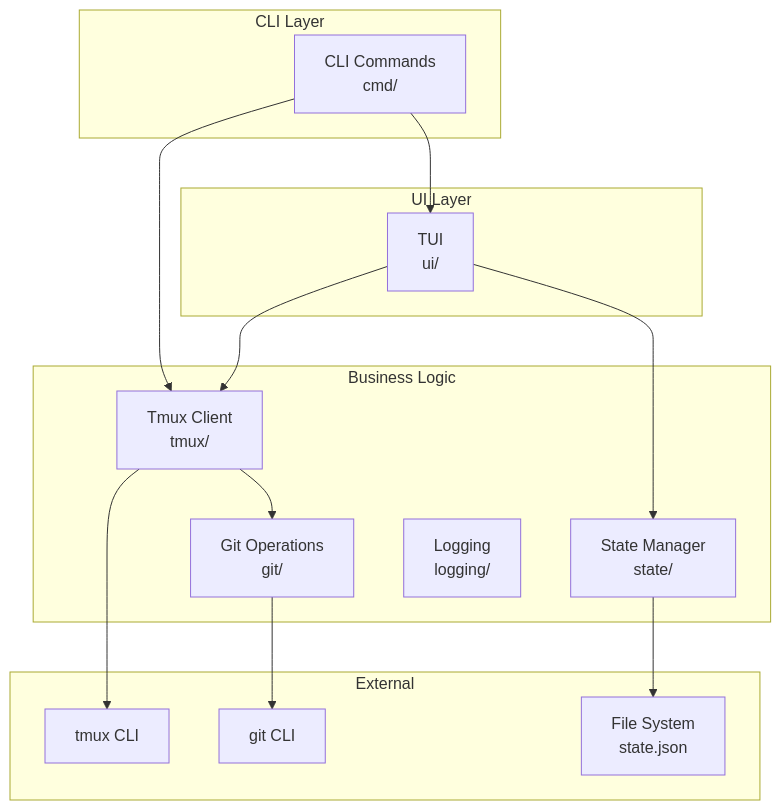
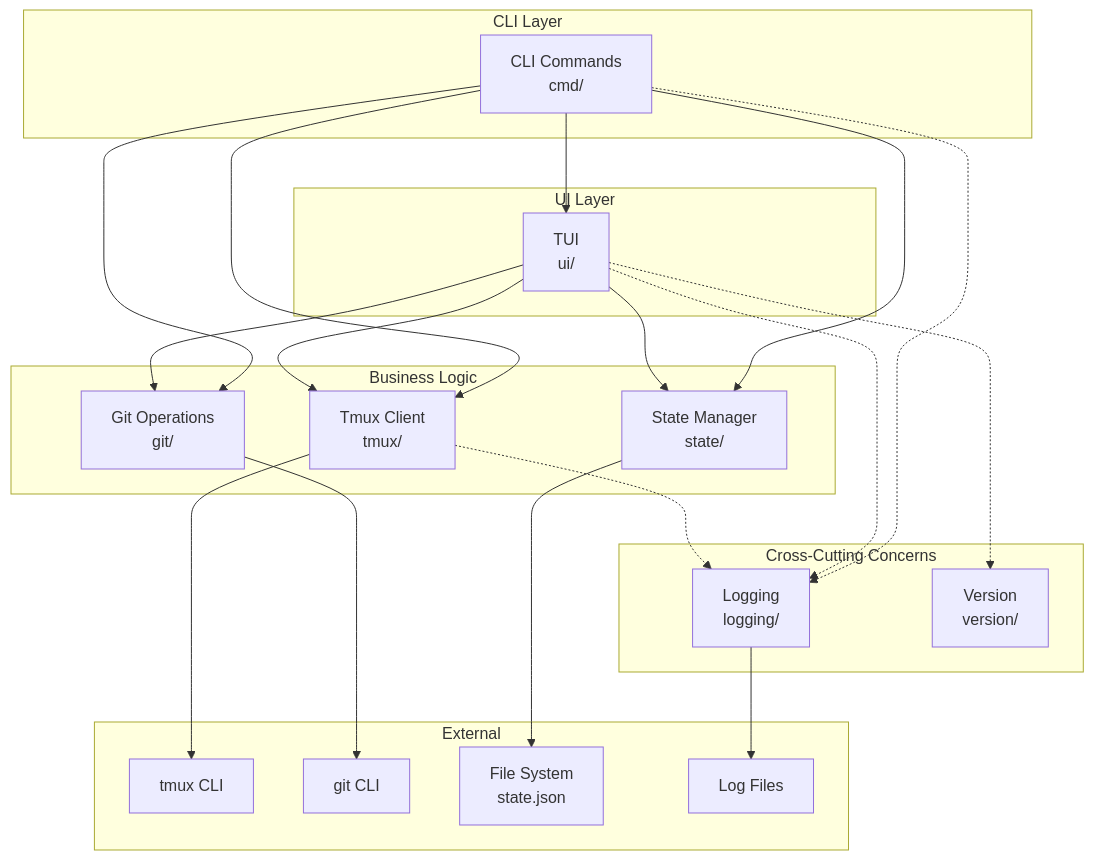
One commit to renato0307/rocha changed the first of 4 diagrams in ARCHITECTURE.md. Above: the diagram before and after it, drawn with Mermaid. The commit also changed other lines of this file and 6 other files, not shown here.

````diff
--- a/ARCHITECTURE.md
+++ b/ARCHITECTURE.md
@@ -7,32 +7,46 @@
 ```mermaid
 graph TB
     subgraph "CLI Layer"
         CLI[CLI Commands<br/>cmd/]
     end
 
     subgraph "UI Layer"
         TUI[TUI<br/>ui/]
     end
 
     subgraph "Business Logic"
         TMUX[Tmux Client<br/>tmux/]
         STATE[State Manager<br/>state/]
         GIT[Git Operations<br/>git/]
+    end
+
+    subgraph "Cross-Cutting Concerns"
         LOG[Logging<br/>logging/]
+        VER[Version<br/>version/]
     end
 
     subgraph "External"
         TMUXCLI[tmux CLI]
         GITCLI[git CLI]
         FS[File System<br/>state.json]
+        LOGFS[Log Files]
     end
 
     CLI --> TUI
     CLI --> TMUX
+    CLI --> GIT
+    CLI --> STATE
     TUI --> TMUX
     TUI --> STATE
+    TUI --> GIT
     TMUX --> TMUXCLI
-    TMUX --> GIT
     STATE --> FS
     GIT --> GITCLI
+
+    %% Cross-cutting concerns (dotted lines)
+    CLI -.-> LOG
+    TUI -.-> LOG
+    TUI -.-> VER
+    TMUX -.-> LOG
+    LOG --> LOGFS
 ```
````
